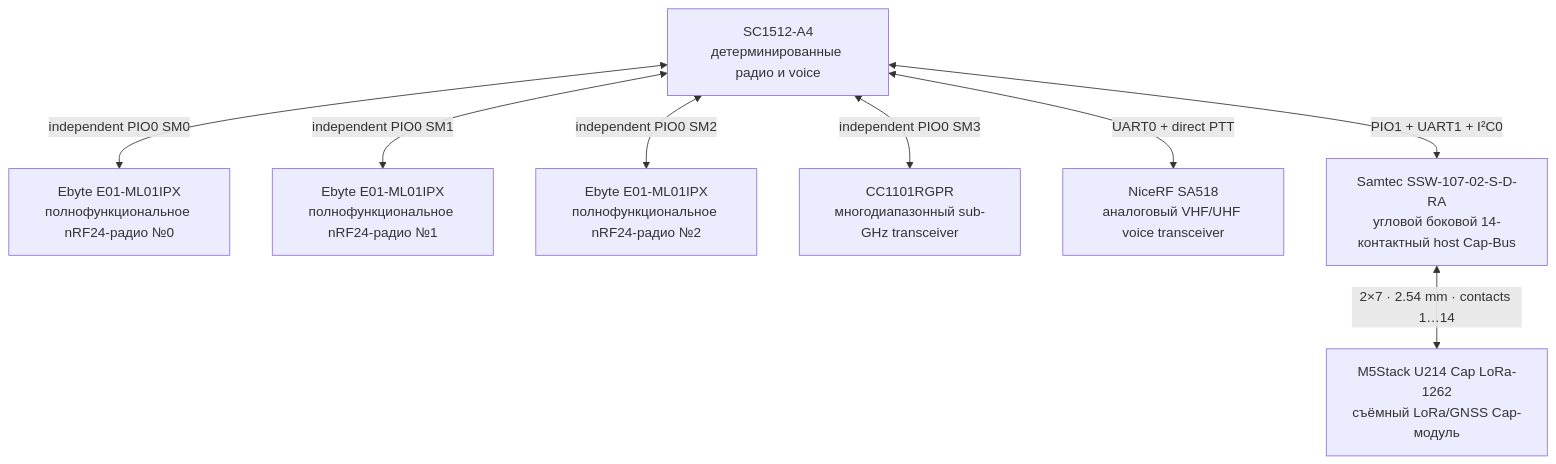
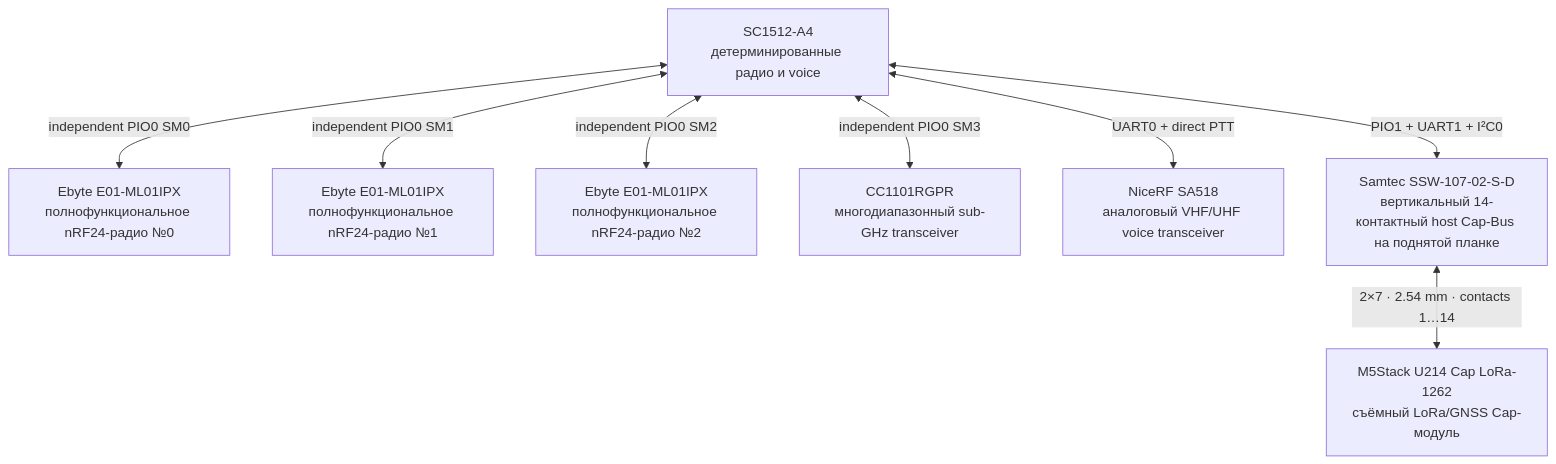
Before and after one commit to anton-vinogradov/esp32-leshy2: the fourth of 10 diagrams in README.ru.md, drawn with Mermaid. The commit also changed other lines of this file and 21 other files, not shown here.

````diff
--- a/README.ru.md
+++ b/README.ru.md
@@ -111,18 +118,18 @@
 ```mermaid
 flowchart TD
 RP["SC1512-A4<br/>детерминированные радио и voice"]
 NRF0["Ebyte E01-ML01IPX<br/>полнофункциональное nRF24-радио №0"]
 NRF1["Ebyte E01-ML01IPX<br/>полнофункциональное nRF24-радио №1"]
 NRF2["Ebyte E01-ML01IPX<br/>полнофункциональное nRF24-радио №2"]
 CC["CC1101RGPR<br/>многодиапазонный sub-GHz transceiver"]
 VOICE["NiceRF SA518<br/>аналоговый VHF/UHF voice transceiver"]
-U214_CONNECTOR["Samtec SSW-107-02-S-D-RA<br/>угловой боковой 14-контактный host Cap-Bus"]
+U214_CONNECTOR["Samtec SSW-107-02-S-D<br/>вертикальный 14-контактный host Cap-Bus на поднятой планке"]
 U214["M5Stack U214 Cap LoRa-1262<br/>съёмный LoRa/GNSS Cap-модуль"]
   RP <-->|"independent PIO0 SM0"| NRF0
   RP <-->|"independent PIO0 SM1"| NRF1
   RP <-->|"independent PIO0 SM2"| NRF2
   RP <-->|"independent PIO0 SM3"| CC
   RP <-->|"UART0 + direct PTT"| VOICE
   RP <-->|"PIO1 + UART1 + I²C0"| U214_CONNECTOR
   U214_CONNECTOR <-->|"2×7 · 2.54 mm · contacts 1…14"| U214
 ```
````
